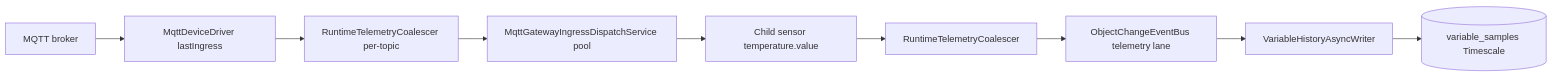
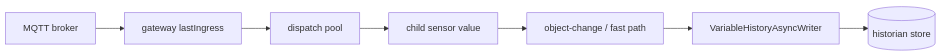
The diagram in docs/en/decisions/0017-telemetry-ingest-pipeline.md (iot-solutions-ru/ispf), drawn with Mermaid before and after one commit. The commit also changed other lines of this file and 8 other files, not shown here.

````diff
--- a/docs/en/decisions/0017-telemetry-ingest-pipeline.md
+++ b/docs/en/decisions/0017-telemetry-ingest-pipeline.md
@@ -71,14 +34,9 @@
 ```mermaid
 flowchart LR
-    MQTT[MQTT broker]
-    GW[MqttDeviceDriver lastIngress]
-    COA[RuntimeTelemetryCoalescer per-topic]
-    DISP[MqttGatewayIngressDispatchService pool]
-    CHILD[Child sensor temperature.value]
-    COB[RuntimeTelemetryCoalescer]
-    BUS[ObjectChangeEventBus telemetry lane]
-    VH[VariableHistoryAsyncWriter]
-    DB[(variable_samples Timescale)]
-
-    MQTT --> GW --> COA --> DISP --> CHILD --> COB --> BUS --> VH --> DB
+  MQTT[MQTT broker] --> GW[gateway lastIngress]
+  GW --> DISP[dispatch pool]
+  DISP --> CHILD[child sensor value]
+  CHILD --> BUS[object-change / fast path]
+  BUS --> VH[VariableHistoryAsyncWriter]
+  VH --> DB[(historian store)]
 ```
````
